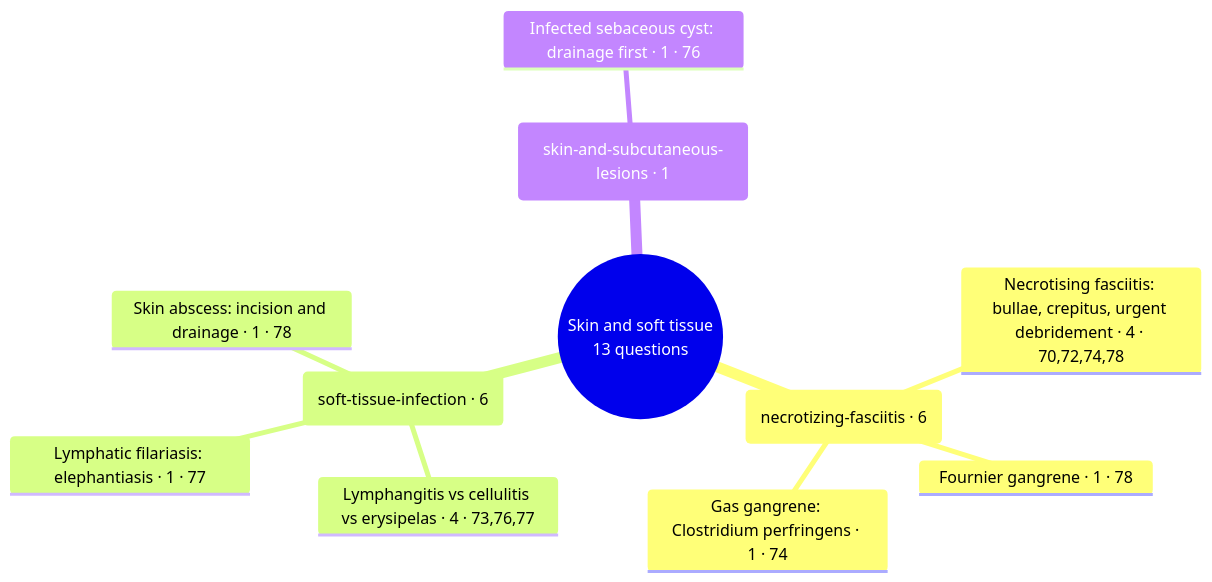
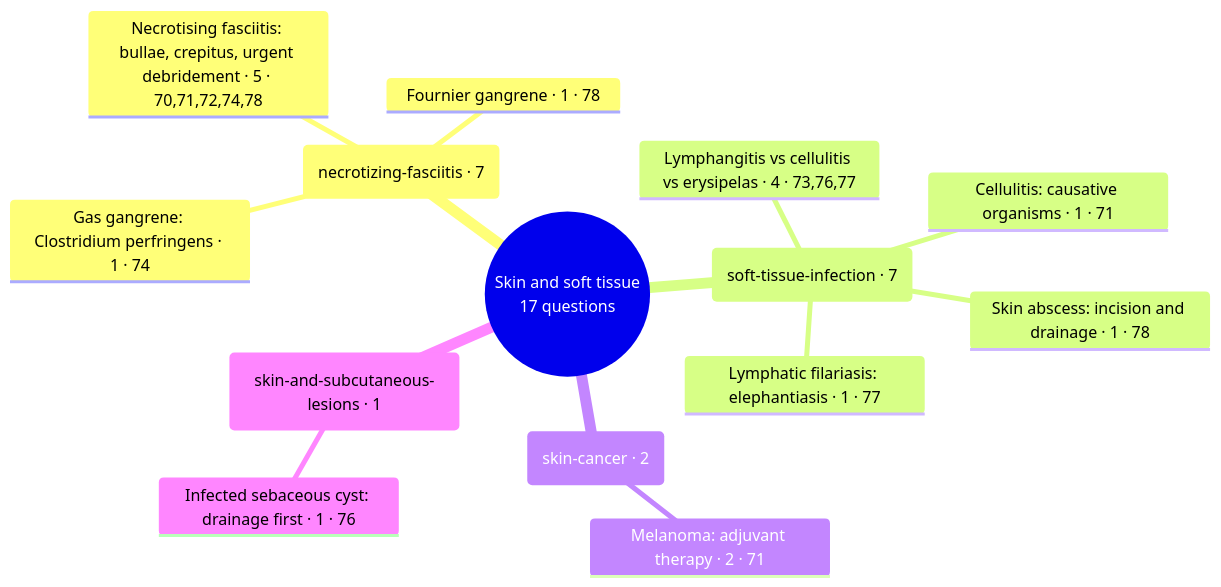
The diagram in exam-map/mind-maps/skin-and-soft-tissue.md (playerplayrh/surgery-year-4), drawn with Mermaid before and after one commit. The commit also changed other lines of this file and 14 other files, not shown here.

Commit message:
Exam tags: mdcu71-gen-2-mcq, -3-mcq, -3-mcq-2; rebuild mind maps

````diff
--- a/exam-map/mind-maps/skin-and-soft-tissue.md
+++ b/exam-map/mind-maps/skin-and-soft-tissue.md
@@ -14,14 +14,17 @@
 ```mermaid
 mindmap
-  root((Skin and soft tissue<br>13 questions))
-    (necrotizing-fasciitis · 6)
-      Necrotising fasciitis: bullae, crepitus, urgent debridement · 4 · 70,72,74,78
+  root((Skin and soft tissue<br>17 questions))
+    (necrotizing-fasciitis · 7)
+      Necrotising fasciitis: bullae, crepitus, urgent debridement · 5 · 70,71,72,74,78
       Fournier gangrene · 1 · 78
       Gas gangrene: Clostridium perfringens · 1 · 74
-    (soft-tissue-infection · 6)
+    (soft-tissue-infection · 7)
       Lymphangitis vs cellulitis vs erysipelas · 4 · 73,76,77
+      Cellulitis: causative organisms · 1 · 71
       Lymphatic filariasis: elephantiasis · 1 · 77
       Skin abscess: incision and drainage · 1 · 78
+    (skin-cancer · 2)
+      Melanoma: adjuvant therapy · 2 · 71
     (skin-and-subcutaneous-lesions · 1)
       Infected sebaceous cyst: drainage first · 1 · 76
 ```
````
